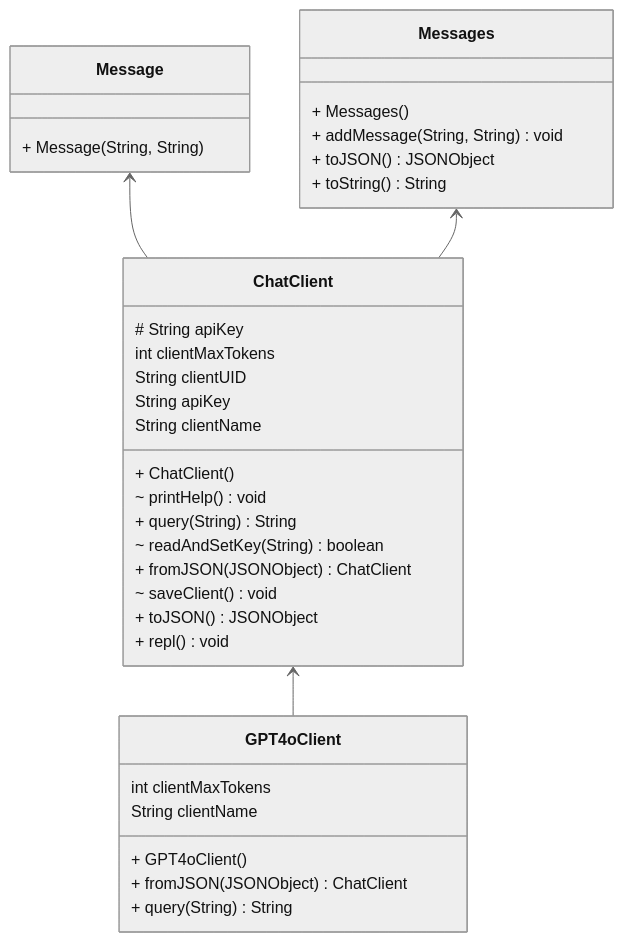
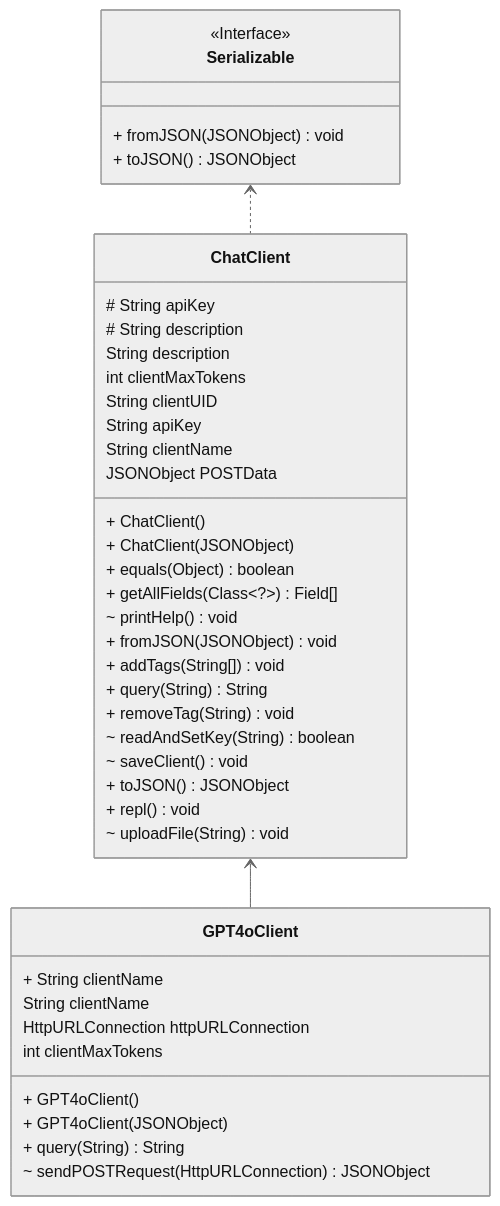
One commit to COMP3021-2025Spring/comp3021-2025spring-classroom-pa3-starter changed the diagram in README.md. Above: the diagram before and after it, drawn with Mermaid (neutral theme). The commit also changed other lines of this file and 2 other files, not shown here.

Commit message:
remove unused implements and update project structure

````diff
--- a/README.md
+++ b/README.md
@@ -136,39 +136,46 @@
 ```mermaid
 classDiagram
 direction BT
 class ChatClient {
   + ChatClient() 
+  + ChatClient(JSONObject) 
   # String apiKey
+  # String description
+  + equals(Object) boolean
+  + getAllFields(Class~?~) Field[]
   ~ printHelp() void
+  + fromJSON(JSONObject) void
+  + addTags(String[]) void
   + query(String) String
+  + removeTag(String) void
   ~ readAndSetKey(String) boolean
-  + fromJSON(JSONObject) ChatClient
   ~ saveClient() void
   + toJSON() JSONObject
   + repl() void
+  ~ uploadFile(String) void
+   String description
    int clientMaxTokens
    String clientUID
    String apiKey
    String clientName
+   JSONObject POSTData
 }
 class GPT4oClient {
   + GPT4oClient() 
-  + fromJSON(JSONObject) ChatClient
+  + GPT4oClient(JSONObject) 
+  + String clientName
   + query(String) String
+  ~ sendPOSTRequest(HttpURLConnection) JSONObject
+   String clientName
+   HttpURLConnection httpURLConnection
    int clientMaxTokens
-   String clientName
 }
-class Message {
-  + Message(String, String) 
-}
-class Messages {
-  + Messages() 
-  + addMessage(String, String) void
+class Serializable {
+<<Interface>>
+  + fromJSON(JSONObject) void
   + toJSON() JSONObject
-  + toString() String
 }
 
+ChatClient  ..>  Serializable 
 GPT4oClient  -->  ChatClient 
-ChatClient  -->  Message 
-ChatClient  -->  Messages
 ```
````
